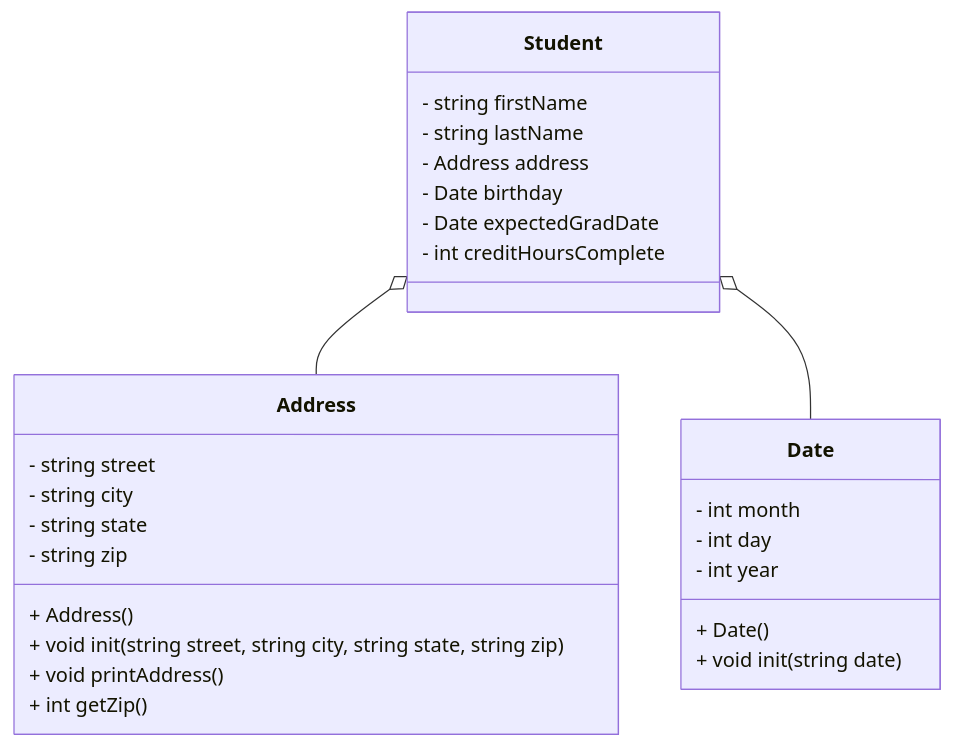
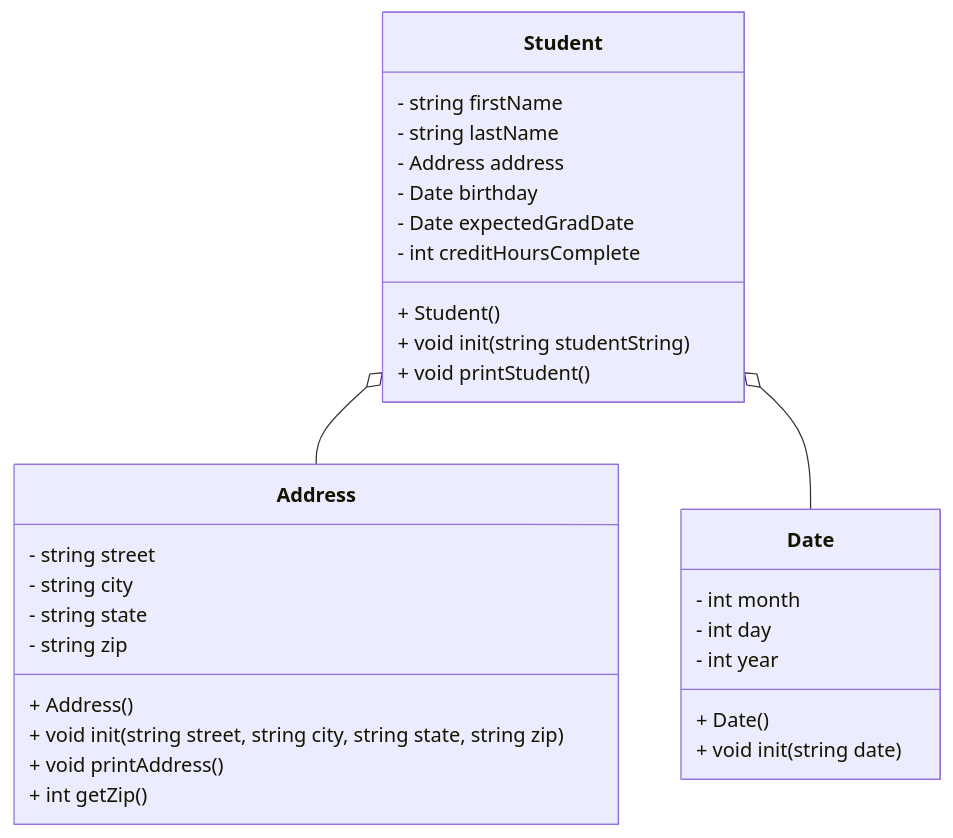
Before and after one commit to Lord-Raymik/CS121_Lab6: the diagram in studentHeap/README.md, drawn with Mermaid. The commit also changed 2 other files, not shown here.

Commit message:
commited some changes to the student documentation in the README.md for studentHeap

````diff
--- a/studentHeap/README.md
+++ b/studentHeap/README.md
@@ -3,37 +3,41 @@
 ```mermaid
 classDiagram
 
     class Address {    
         - string street
         - string city
         - string state
         - string zip
 
         + Address()
         + void init(string street, string city, string state, string zip)
         + void printAddress()
         + int getZip()
     }
 
     class Date {
         - int month
         - int day
         - int year
 
         + Date()
         + void init(string date)
     }
 
     class Student {
         - string firstName
         - string lastName
         - Address address
         - Date birthday
         - Date expectedGradDate
         - int creditHoursComplete
+
+        + Student()
+        + void init(string studentString)
+        + void printStudent() 
     }
 
     Student o-- Address
     Student o-- Date
 
 ```
````
